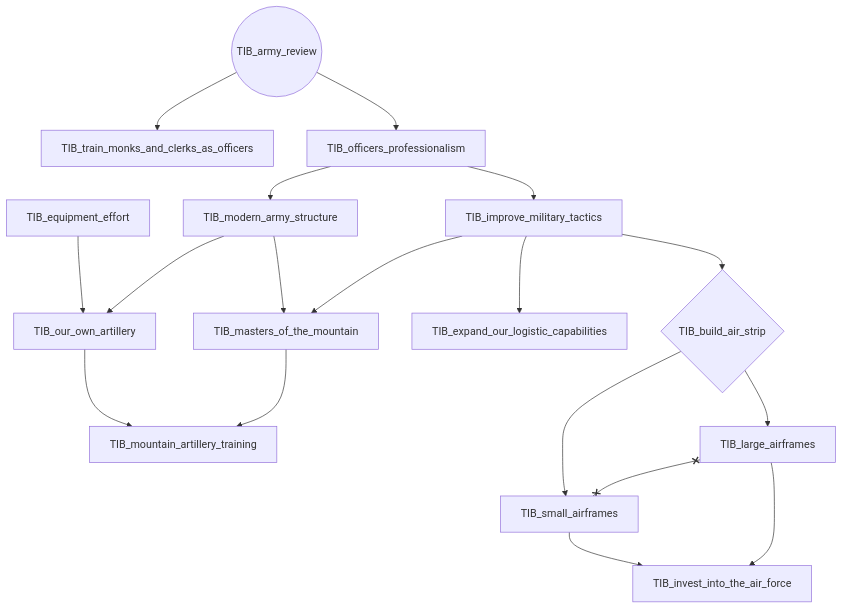
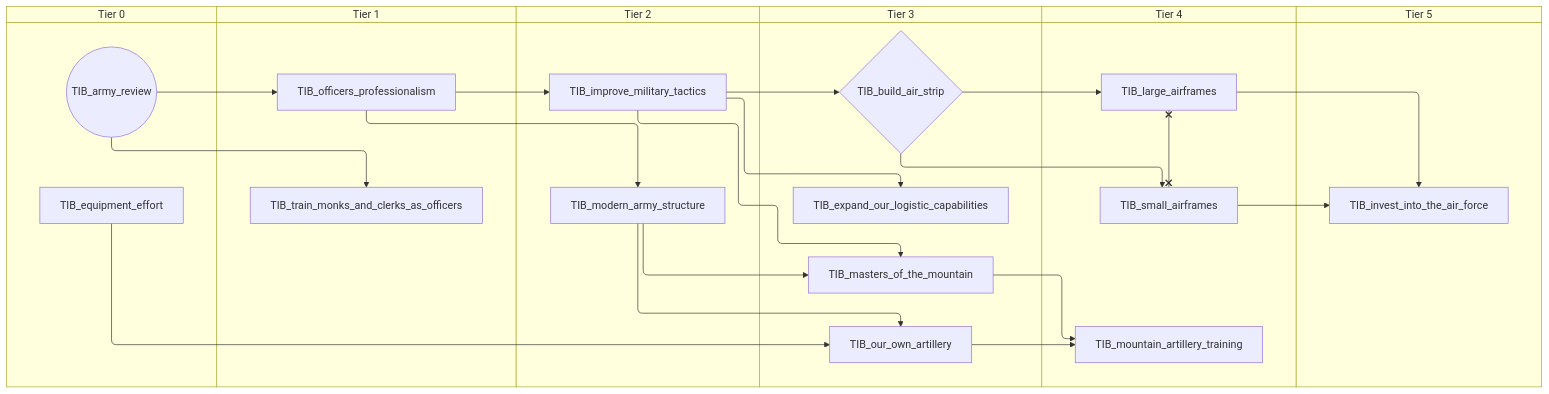
The second of 4 diagrams in docs/gdd/National Focuses/r56/tibet.md (evgeny-sobol/hoi4-sandbox-mode-r56), drawn with Mermaid before and after one commit. The commit also changed other lines of this file and 423 other files, not shown here.

First line of the commit message:
Re-export Rt56 focus trees as swimlane diagrams

````diff
--- a/docs/gdd/National Focuses/r56/tibet.md
+++ b/docs/gdd/National Focuses/r56/tibet.md
@@ -61,34 +75,46 @@
 ```mermaid
-flowchart TD
-    n24(("TIB_army_review"))
-    n25{"TIB_build_air_strip"}
-    n7["TIB_equipment_effort"]
-    n26["TIB_expand_our_logistic_capabilities"]
-    n27["TIB_improve_military_tactics"]
-    n28["TIB_invest_into_the_air_force"]
-    n29["TIB_large_airframes"]
-    n13["TIB_masters_of_the_mountain"]
-    n14["TIB_modern_army_structure"]
-    n15["TIB_mountain_artillery_training"]
-    n30["TIB_officers_professionalism"]
-    n19["TIB_our_own_artillery"]
-    n31["TIB_small_airframes"]
-    n32["TIB_train_monks_and_clerks_as_officers"]
-    n27 --> n25
-    n27 --> n26
-    n30 --> n27
-    n31 --> n28
-    n29 --> n28
-    n25 --> n29
-    n14 --> n13
-    n27 --> n13
-    n30 --> n14
-    n19 --> n15
-    n13 --> n15
-    n24 --> n30
-    n7 --> n19
-    n14 --> n19
-    n25 --> n31
-    n24 --> n32
-    n29 x--x n31
+swimlane-beta TD
+    subgraph tier_0["Tier 0"]
+        n24(("TIB_army_review"))
+        n7["TIB_equipment_effort"]
+    end
+    subgraph tier_1["Tier 1"]
+        n25["TIB_officers_professionalism"]
+        n26["TIB_train_monks_and_clerks_as_officers"]
+    end
+    subgraph tier_2["Tier 2"]
+        n27["TIB_improve_military_tactics"]
+        n3["TIB_modern_army_structure"]
+    end
+    subgraph tier_3["Tier 3"]
+        n28{"TIB_build_air_strip"}
+        n29["TIB_expand_our_logistic_capabilities"]
+        n2["TIB_masters_of_the_mountain"]
+        n16["TIB_our_own_artillery"]
+    end
+    subgraph tier_4["Tier 4"]
+        n30["TIB_large_airframes"]
+        n19["TIB_mountain_artillery_training"]
+        n31["TIB_small_airframes"]
+    end
+    subgraph tier_5["Tier 5"]
+        n32["TIB_invest_into_the_air_force"]
+    end
+    n27 --> n28
+    n27 --> n29
+    n25 --> n27
+    n31 --> n32
+    n30 --> n32
+    n28 --> n30
+    n3 --> n2
+    n27 --> n2
+    n25 --> n3
+    n16 --> n19
+    n2 --> n19
+    n24 --> n25
+    n7 --> n16
+    n3 --> n16
+    n28 --> n31
+    n24 --> n26
+    n30 x--x n31
 ```
````
